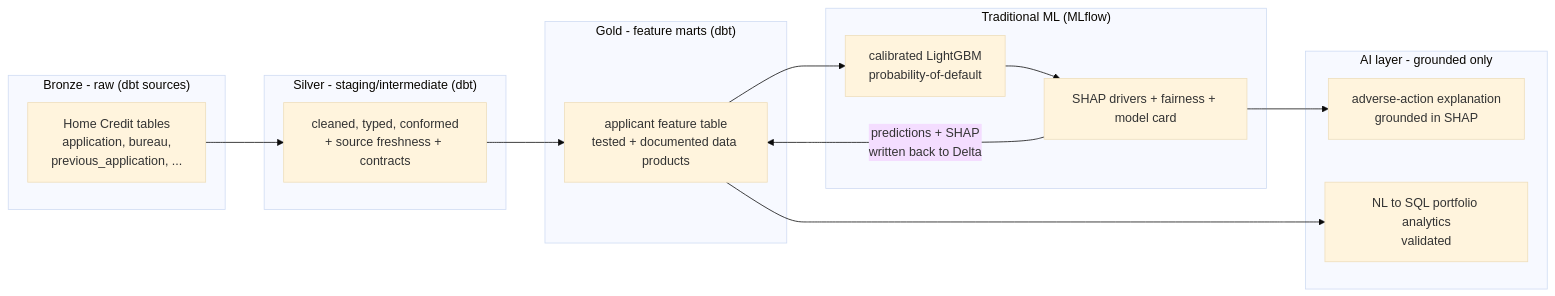
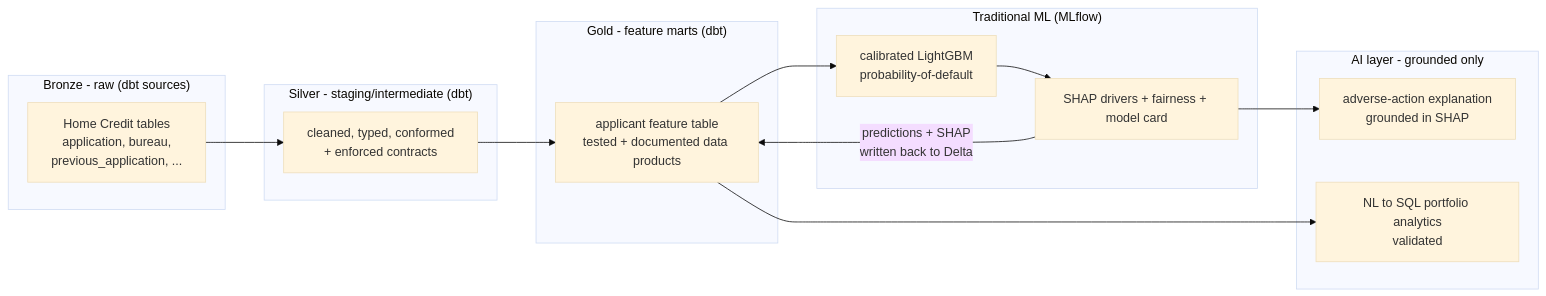
One commit to ghoshp83/credit-decisioning-lakehouse changed the diagram in README.md. Above: the diagram before and after it, drawn with Mermaid (base theme). The commit also changed other lines of this file and 1 other file, not shown here.

First line of the commit message:
Disable source freshness honestly on the static dataset

````diff
--- a/README.md
+++ b/README.md
@@ -27,25 +27,25 @@
 ```mermaid
 flowchart LR
     subgraph Bronze["Bronze - raw (dbt sources)"]
         A[Home Credit tables<br/>application, bureau,<br/>previous_application, ...]
     end
     subgraph Silver["Silver - staging/intermediate (dbt)"]
-        B[cleaned, typed, conformed<br/>+ source freshness + contracts]
+        B[cleaned, typed, conformed<br/>+ enforced contracts]
     end
     subgraph Gold["Gold - feature marts (dbt)"]
         C[applicant feature table<br/>tested + documented data products]
     end
     subgraph ML["Traditional ML (MLflow)"]
         D[calibrated LightGBM<br/>probability-of-default]
         E[SHAP drivers + fairness + model card]
     end
     subgraph AI["AI layer - grounded only"]
         F[adverse-action explanation<br/>grounded in SHAP]
         G[NL to SQL portfolio analytics<br/>validated]
     end
 
     A --> B --> C --> D --> E
     E -- predictions + SHAP<br/>written back to Delta --> C
     C --> G
     E --> F
 ```
````
